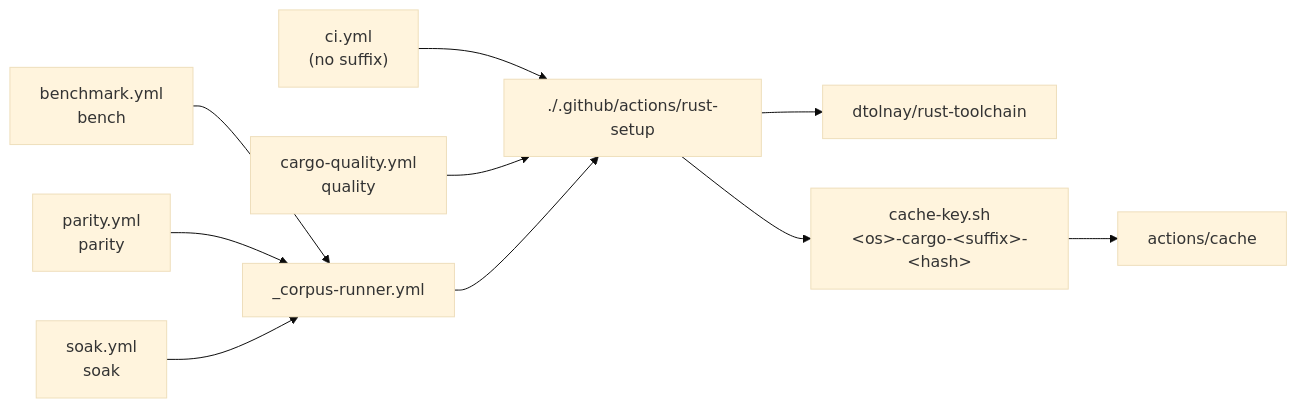
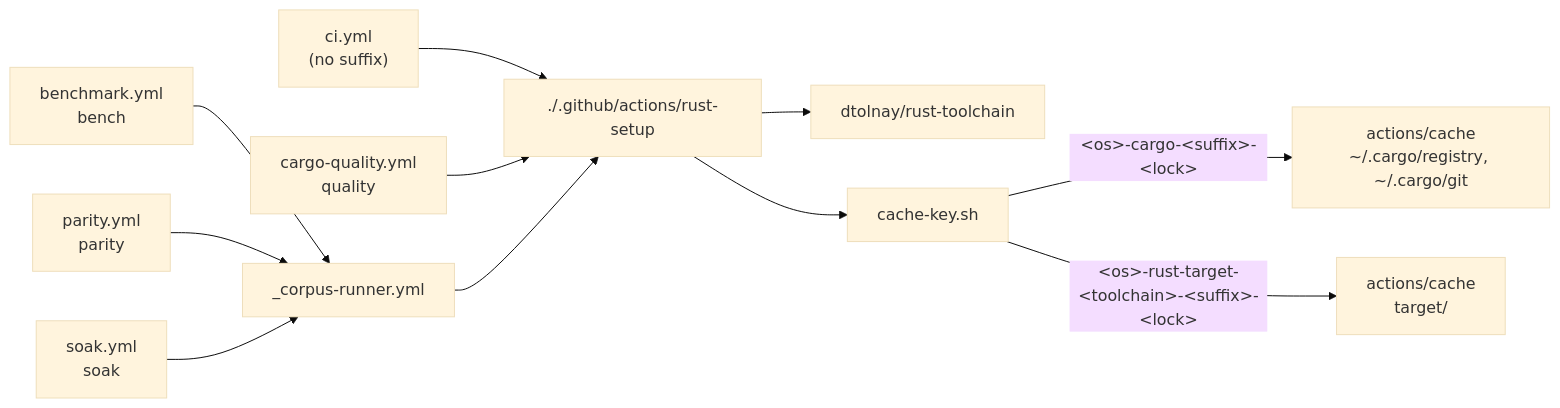
Before and after one commit to stSoftwareAU/NEAT-AI-Refinery: the tenth of 10 diagrams in README.md, drawn with Mermaid (base theme). The commit also changed other lines of this file and 6 other files, not shown here.

First line of the commit message:
Cache target/ in the shared rust-setup action (#69) (#75)

````diff
--- a/README.md
+++ b/README.md
@@ -840,11 +844,13 @@
 ```mermaid
 flowchart LR
     CI["ci.yml<br/>(no suffix)"] --> A["./.github/actions/rust-setup"]
     CQ["cargo-quality.yml<br/>quality"] --> A
     BM["benchmark.yml<br/>bench"] --> CR["_corpus-runner.yml"]
     PA["parity.yml<br/>parity"] --> CR
     SO["soak.yml<br/>soak"] --> CR
     CR --> A
     A --> T[dtolnay/rust-toolchain]
-    A --> K["cache-key.sh<br/>&lt;os&gt;-cargo-&lt;suffix&gt;-&lt;hash&gt;"] --> C[actions/cache]
+    A --> K["cache-key.sh"]
+    K -->|"&lt;os&gt;-cargo-&lt;suffix&gt;-&lt;lock&gt;"| C["actions/cache<br/>~/.cargo/registry, ~/.cargo/git"]
+    K -->|"&lt;os&gt;-rust-target-&lt;toolchain&gt;-&lt;suffix&gt;-&lt;lock&gt;"| TC["actions/cache<br/>target/"]
 ```
````
